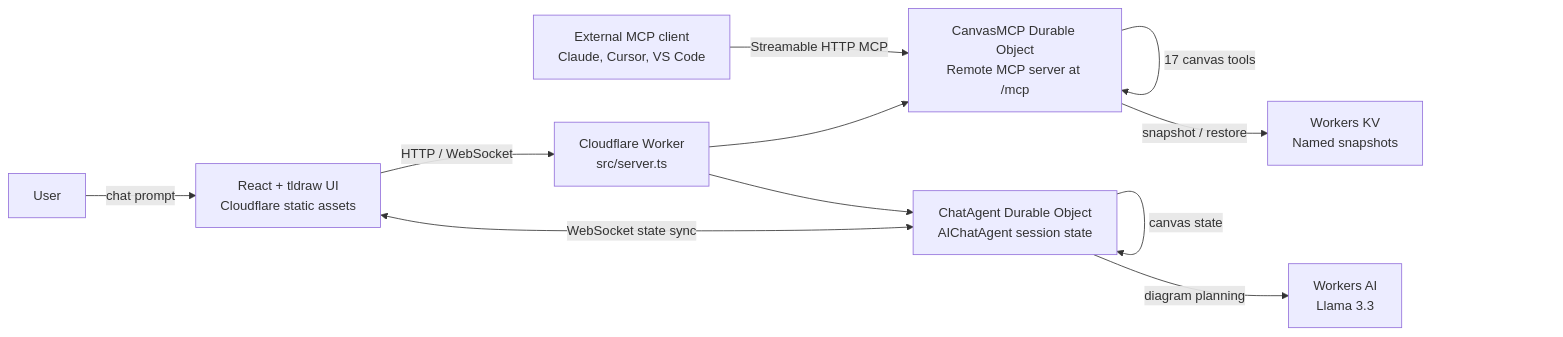
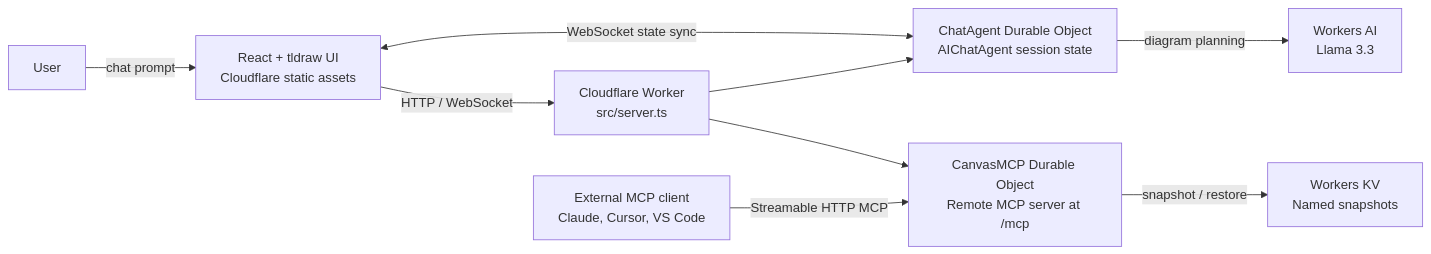
Before and after one commit to Mihai-Codes/cf_ai_canvas: the diagram in README.md, drawn with Mermaid. The commit also changed other lines of this file and 3 other files, not shown here.

Commit message:
feat: harden diagram intent routing and polish reviewer docs

````diff
--- a/README.md
+++ b/README.md
@@ -44,22 +56,20 @@
 ```mermaid
 flowchart LR
   user["User"]
   mcpClient["External MCP client\nClaude, Cursor, VS Code"]
   frontend["React + tldraw UI\nCloudflare static assets"]
   worker["Cloudflare Worker\nsrc/server.ts"]
   chat["ChatAgent Durable Object\nAIChatAgent session state"]
   mcp["CanvasMCP Durable Object\nRemote MCP server at /mcp"]
   ai["Workers AI\nLlama 3.3"]
   kv["Workers KV\nNamed snapshots"]
 
   user -->|"chat prompt"| frontend
   frontend <-->|"WebSocket state sync"| chat
   frontend -->|"HTTP / WebSocket"| worker
   worker --> chat
   worker --> mcp
   chat -->|"diagram planning"| ai
-  chat -->|"canvas state"| chat
   mcpClient -->|"Streamable HTTP MCP"| mcp
   mcp -->|"snapshot / restore"| kv
-  mcp -->|"17 canvas tools"| mcp
 ```
````
